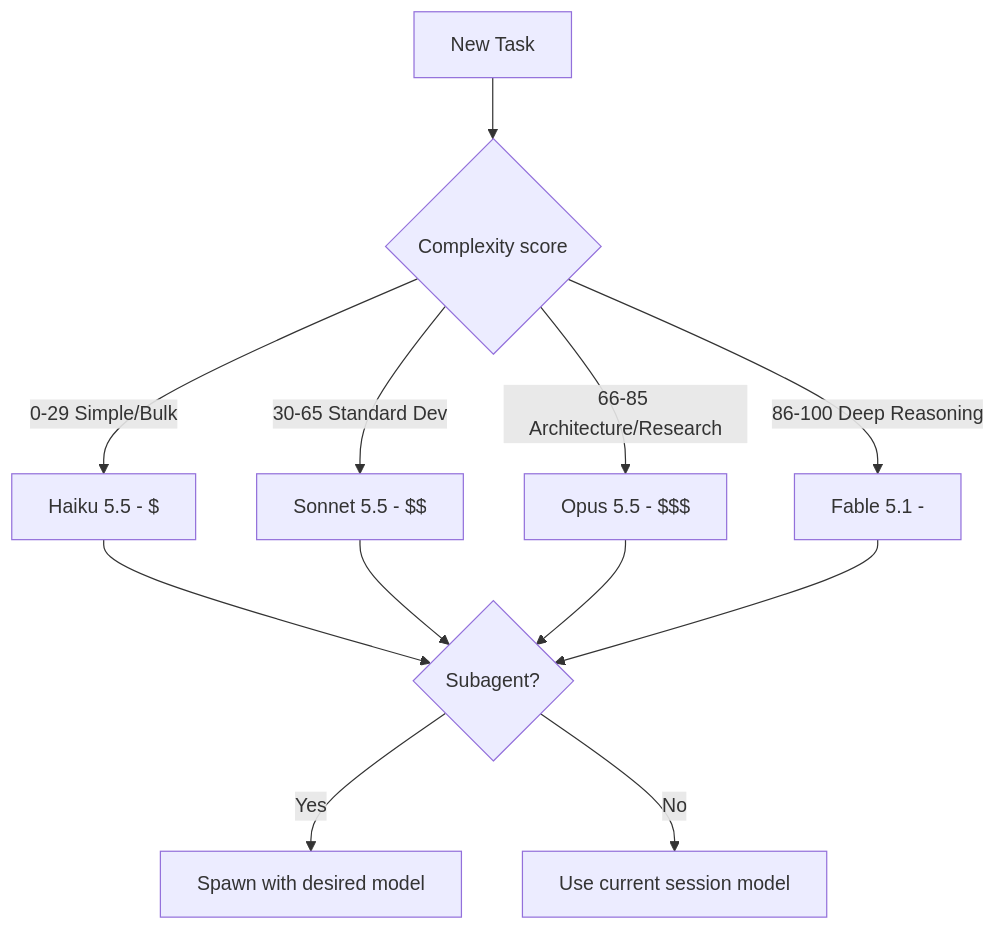
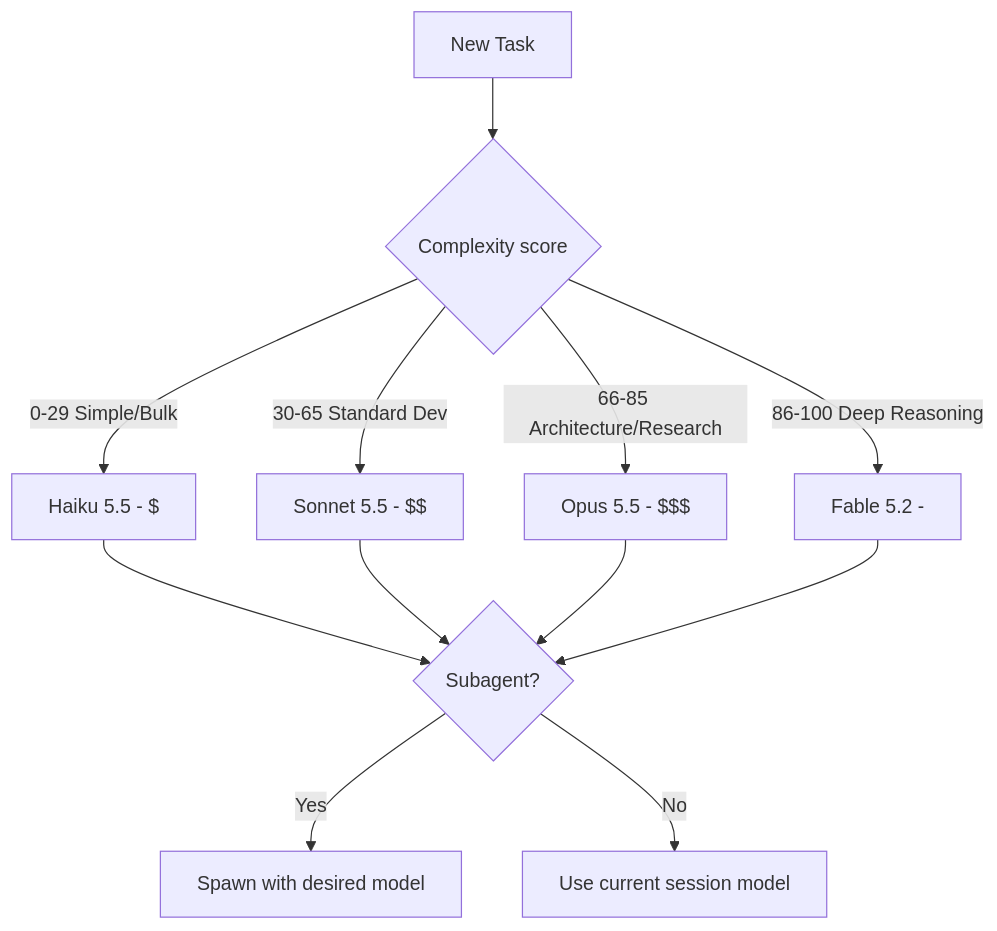
The diagram in BIBLE.md (KevinZai/commander), drawn with Mermaid before and after one commit. The commit also changed other lines of this file and 45 other files, not shown here.

First line of the commit message:
feat(models): move the deep tier to Claude Fable 5.2 (CC-2132) (#281)

````diff
--- a/BIBLE.md
+++ b/BIBLE.md
@@ -2610,14 +2610,14 @@
 ```mermaid
 graph TD
     A[New Task] --> B{Complexity score}
     B -->|0-29 Simple/Bulk| C[Haiku 5.5 - $]
     B -->|30-65 Standard Dev| D[Sonnet 5.5 - $$]
     B -->|66-85 Architecture/Research| E[Opus 5.5 - $$$]
-    B -->|86-100 Deep Reasoning| F[Fable 5.1 - $$$$]
+    B -->|86-100 Deep Reasoning| F[Fable 5.2 - $$$$]
     C --> G{Subagent?}
     D --> G
     E --> G
     F --> G
     G -->|Yes| H[Spawn with desired model]
     G -->|No| I[Use current session model]
 ```
````
